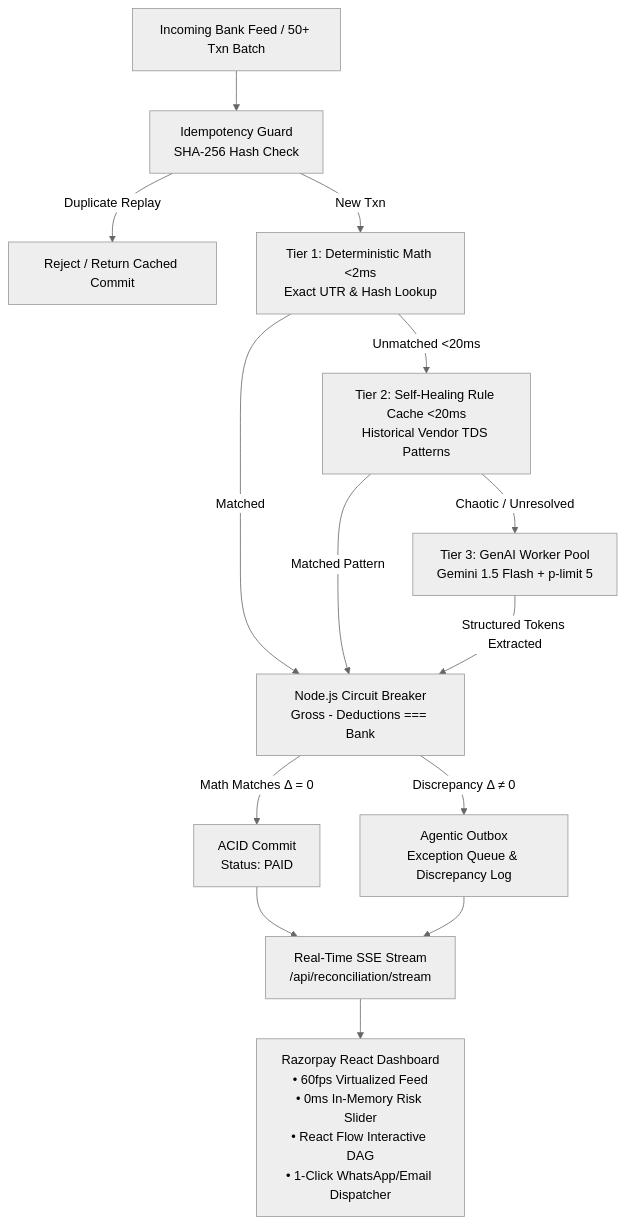
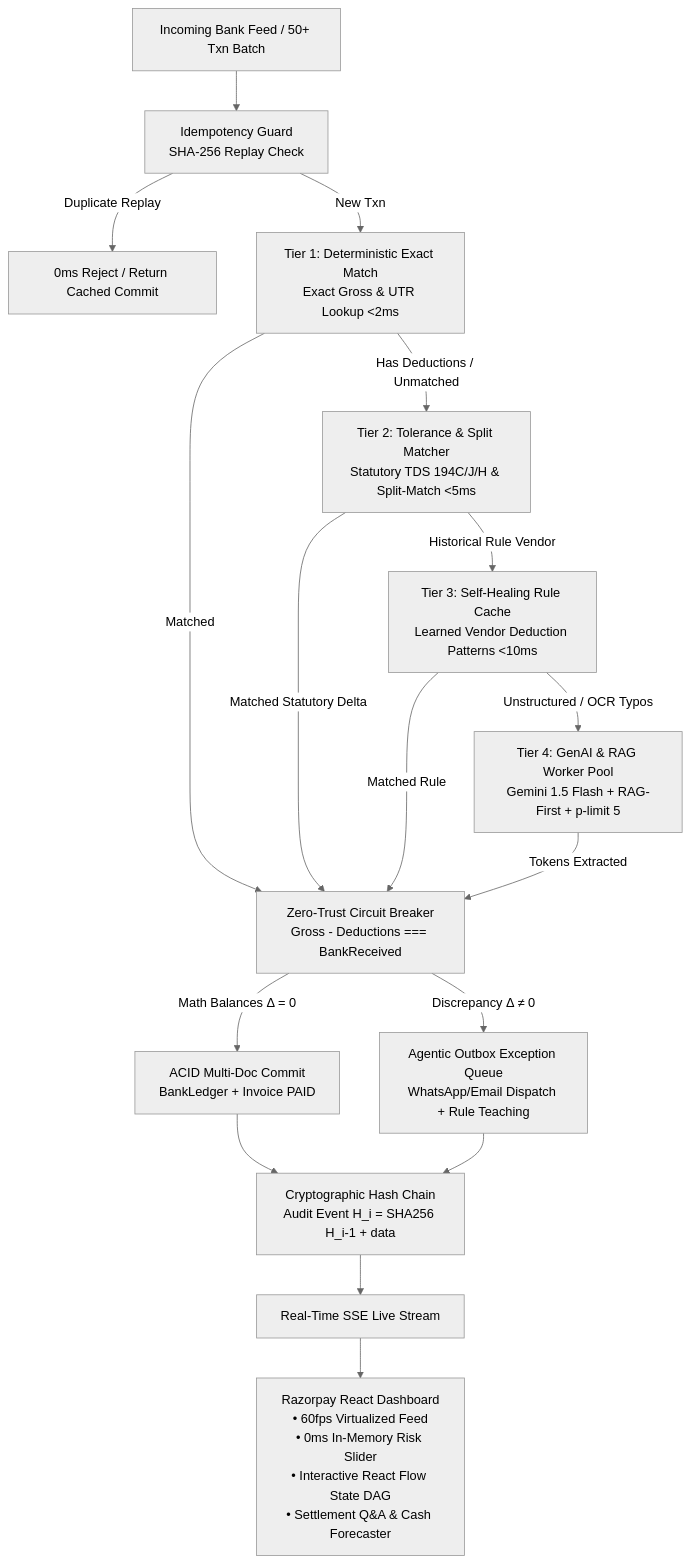
The diagram in README.md (aakashverse/recon-ai), drawn with Mermaid (neutral theme) before and after one commit. The commit also changed other lines of this file and 9 other files, not shown here.

Commit message:
docs: map entire architecture to Track-04 rubric, add Settlement Q&A and Forward Cash Forecaster, and document known failures post-mortem

````diff
--- a/README.md
+++ b/README.md
@@ -10,22 +20,26 @@
 ```mermaid
 flowchart TD
-    A[Incoming Bank Feed / 50+ Txn Batch] --> B[Idempotency Guard<br/>SHA-256 Hash Check]
-    B -->|Duplicate Replay| B1[Reject / Return Cached Commit]
-    B -->|New Txn| C[Tier 1: Deterministic Math &lt;2ms<br/>Exact UTR & Hash Lookup]
+    A[Incoming Bank Feed / 50+ Txn Batch] --> B[Idempotency Guard<br/>SHA-256 Replay Check]
+    B -->|Duplicate Replay| B1[0ms Reject / Return Cached Commit]
+    B -->|New Txn| C[Tier 1: Deterministic Exact Match<br/>Exact Gross & UTR Lookup <2ms]
     
-    C -->|Matched| CB[Node.js Circuit Breaker<br/>Gross - Deductions === Bank]
-    C -->|Unmatched &lt;20ms| D[Tier 2: Self-Healing Rule Cache &lt;20ms<br/>Historical Vendor TDS Patterns]
+    C -->|Matched| CB[Zero-Trust Circuit Breaker<br/>Gross - Deductions === BankReceived]
+    C -->|Has Deductions / Unmatched| D[Tier 2: Tolerance & Split Matcher<br/>Statutory TDS 194C/J/H & Split-Match <5ms]
     
-    D -->|Matched Pattern| CB
-    D -->|Chaotic / Unresolved| E[Tier 3: GenAI Worker Pool<br/>Gemini 1.5 Flash + p-limit 5]
+    D -->|Matched Statutory Delta| CB
+    D -->|Historical Rule Vendor| E[Tier 3: Self-Healing Rule Cache<br/>Learned Vendor Deduction Patterns <10ms]
     
-    E -->|Structured Tokens Extracted| CB
+    E -->|Matched Rule| CB
+    E -->|Unstructured / OCR Typos| F[Tier 4: GenAI & RAG Worker Pool<br/>Gemini 1.5 Flash + RAG-First + p-limit 5]
     
-    CB -->|Math Matches Δ = 0| F[ACID Commit<br/>Status: PAID]
-    CB -->|Discrepancy Δ ≠ 0| G[Agentic Outbox<br/>Exception Queue & Discrepancy Log]
+    F -->|Tokens Extracted| CB
     
-    F --> H[Real-Time SSE Stream<br/>/api/reconciliation/stream]
-    G --> H
+    CB -->|Math Balances Δ = 0| G[ACID Multi-Doc Commit<br/>BankLedger + Invoice PAID]
+    CB -->|Discrepancy Δ ≠ 0| H[Agentic Outbox Exception Queue<br/>WhatsApp/Email Dispatch + Rule Teaching]
     
-    H --> I[Razorpay React Dashboard<br/>• 60fps Virtualized Feed<br/>• 0ms In-Memory Risk Slider<br/>• React Flow Interactive DAG<br/>• 1-Click WhatsApp/Email Dispatcher]
+    G --> I[Cryptographic Hash Chain<br/>Audit Event H_i = SHA256 H_i-1 + data]
+    H --> I
+    
+    I --> J[Real-Time SSE Live Stream]
+    J --> K[Razorpay React Dashboard<br/>• 60fps Virtualized Feed<br/>• 0ms In-Memory Risk Slider<br/>• Interactive React Flow State DAG<br/>• Settlement Q&A & Cash Forecaster]
 ```
````
